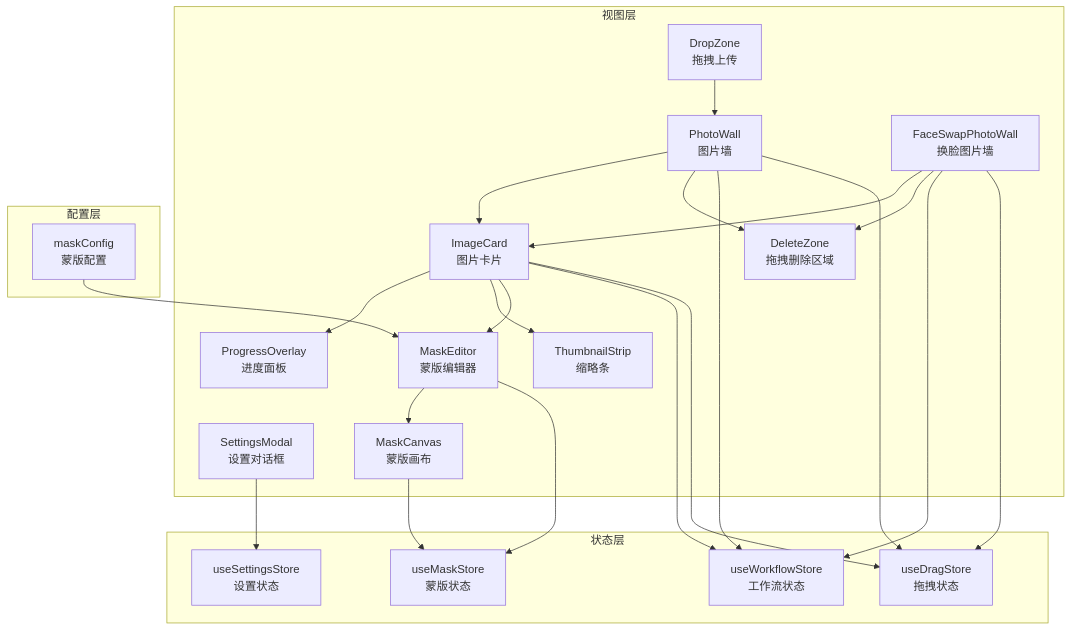
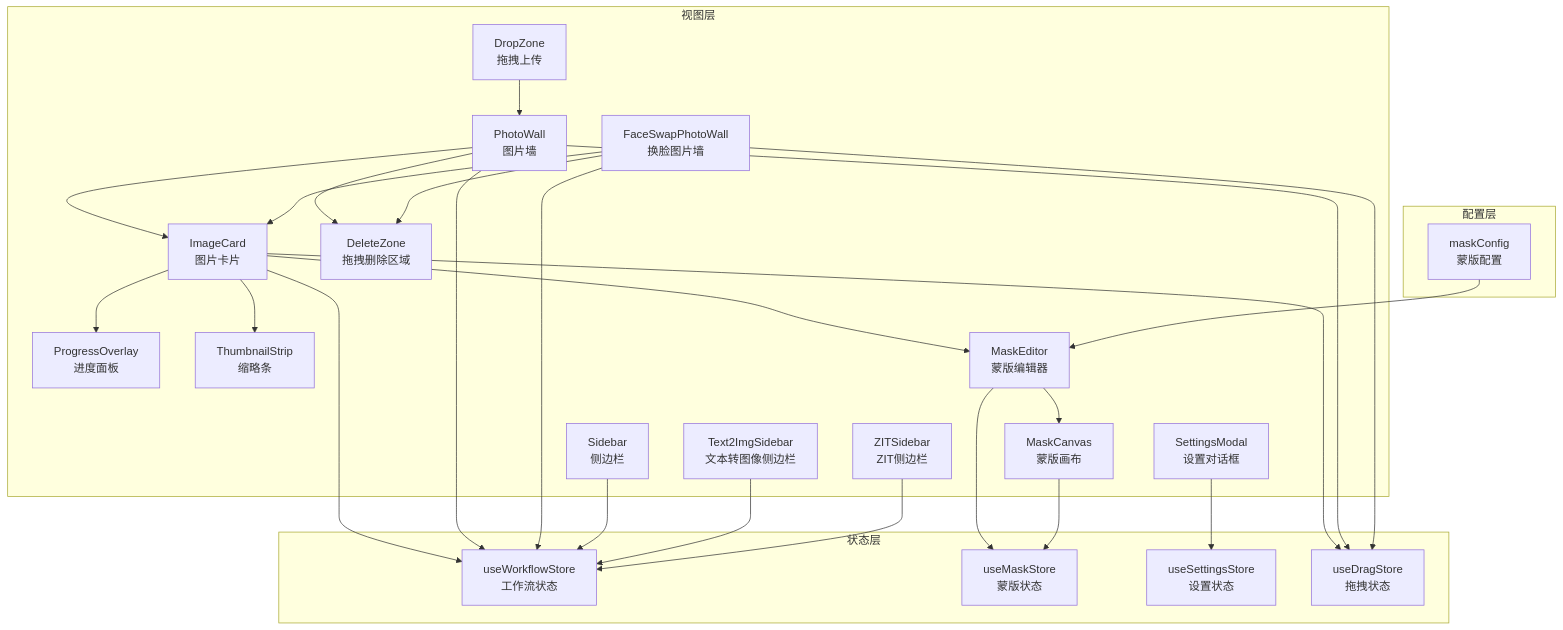
Before and after one commit to billye220670/CorineKit_Pix2Real: the first of 15 diagrams in .qoder/repowiki/zh/content/用户界面组件/用户界面组件.md, drawn with Mermaid. The commit also changed other lines of this file and 49 other files, not shown here.

````diff
--- a/.qoder/repowiki/zh/content/用户界面组件/用户界面组件.md
+++ b/.qoder/repowiki/zh/content/用户界面组件/用户界面组件.md
@@ -54,43 +57,49 @@
 ```mermaid
 graph TB
 subgraph "视图层"
 PW["PhotoWall<br/>图片墙"]
 DZ["DropZone<br/>拖拽上传"]
 PO["ProgressOverlay<br/>进度面板"]
 SM["SettingsModal<br/>设置对话框"]
 IC["ImageCard<br/>图片卡片"]
 FSPW["FaceSwapPhotoWall<br/>换脸图片墙"]
 TS["ThumbnailStrip<br/>缩略条"]
 ME["MaskEditor<br/>蒙版编辑器"]
 MC["MaskCanvas<br/>蒙版画布"]
+SIDEBAR["Sidebar<br/>侧边栏"]
+T2I["Text2ImgSidebar<br/>文本转图像侧边栏"]
+ZIT["ZITSidebar<br/>ZIT侧边栏"]
 DDZ["DeleteZone<br/>拖拽删除区域"]
 end
 subgraph "状态层"
 WFS["useWorkflowStore<br/>工作流状态"]
 MS["useMaskStore<br/>蒙版状态"]
 SS["useSettingsStore<br/>设置状态"]
 DS["useDragStore<br/>拖拽状态"]
 end
 subgraph "配置层"
 MCfg["maskConfig<br/>蒙版配置"]
 end
 PW --> IC
 PW --> DDZ
 IC --> PO
 IC --> TS
 IC --> ME
 ME --> MC
 FSPW --> IC
 FSPW --> DDZ
 DZ --> PW
 SM --> SS
 IC --> WFS
 PW --> WFS
 FSPW --> WFS
 ME --> MS
 MC --> MS
 IC --> DS
 PW --> DS
 FSPW --> DS
+SIDEBAR --> WFS
+T2I --> WFS
+ZIT --> WFS
 MCfg --> ME
 ```
````
